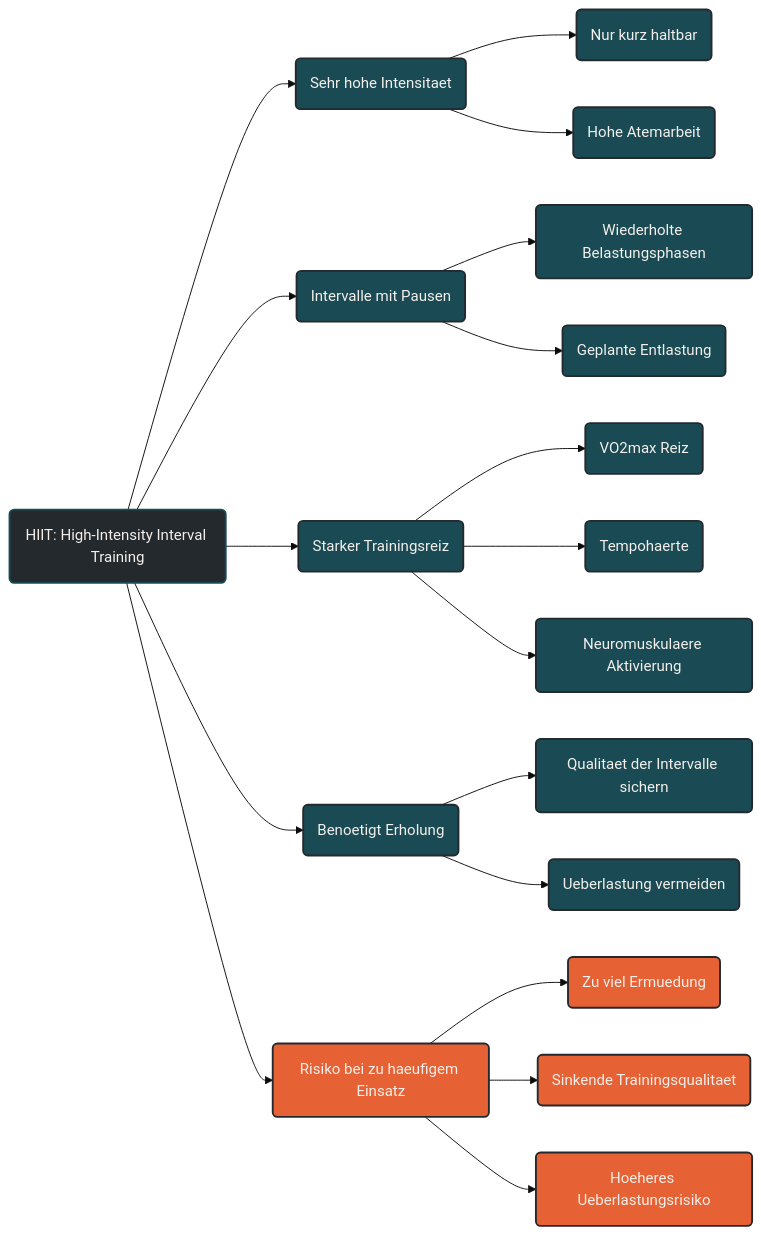
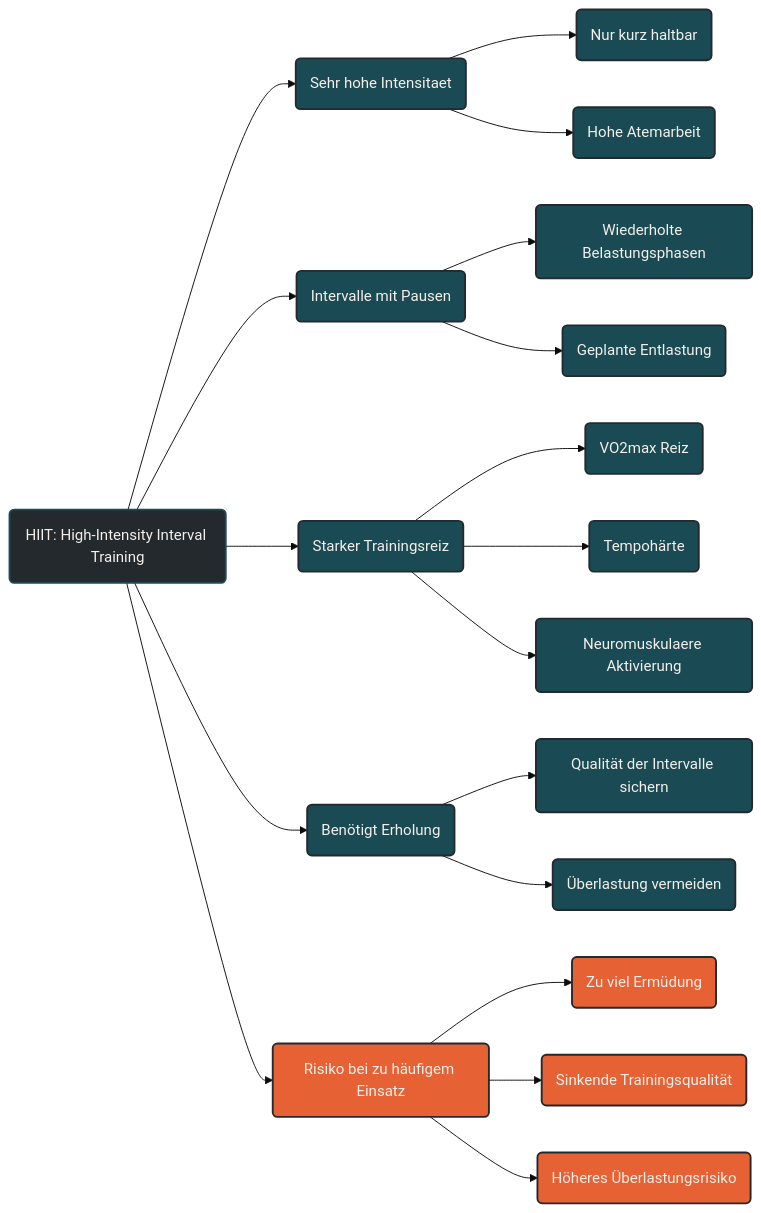
One commit to Quixos40K/ausdauersport-typemill changed the diagram in content/00-ausdauersport/00-trainingswissenschaft/01-trainingsintensitaeten/03-high-intensity-interval-training.md. Above: the diagram before and after it, drawn with Mermaid (base theme).

Commit message:
Fix German umlauts in high-intensity interval training.md

````diff
--- a/content/00-ausdauersport/00-trainingswissenschaft/01-trainingsintensitaeten/03-high-intensity-interval-training.md
+++ b/content/00-ausdauersport/00-trainingswissenschaft/01-trainingsintensitaeten/03-high-intensity-interval-training.md
@@ -51,33 +51,33 @@
 ```mermaid
 graph LR
     A(HIIT: High-Intensity Interval Training) --> B(Sehr hohe Intensitaet)
     A --> C(Intervalle mit Pausen)
     A --> D(Starker Trainingsreiz)
 
     B --> E(Nur kurz haltbar)
     B --> F(Hohe Atemarbeit)
     C --> G(Wiederholte Belastungsphasen)
     C --> H(Geplante Entlastung)
     D --> I(VO2max Reiz)
-    D --> J(Tempohaerte)
+    D --> J(Tempohärte)
     D --> K(Neuromuskulaere Aktivierung)
 
-    A --> L(Benoetigt Erholung)
-    L --> M(Qualitaet der Intervalle sichern)
-    L --> N(Ueberlastung vermeiden)
+    A --> L(Benötigt Erholung)
+    L --> M(Qualität der Intervalle sichern)
+    L --> N(Überlastung vermeiden)
 
-    A --> O(Risiko bei zu haeufigem Einsatz)
-    O --> P(Zu viel Ermuedung)
-    O --> Q(Sinkende Trainingsqualitaet)
-    O --> R(Hoeheres Ueberlastungsrisiko)
+    A --> O(Risiko bei zu häufigem Einsatz)
+    O --> P(Zu viel Ermüdung)
+    O --> Q(Sinkende Trainingsqualität)
+    O --> R(Höheres Überlastungsrisiko)
 
     classDef default fill:#F4EFEA,stroke:#1A4B54,stroke-width:2px,color:#24292E;
     classDef primary fill:#1A4B54,stroke:#24292E,stroke-width:2px,color:#F4EFEA;
     classDef highlight fill:#E66133,stroke:#24292E,stroke-width:2px,color:#F4EFEA;
     classDef dark fill:#24292E,stroke:#1A4B54,stroke-width:2px,color:#F4EFEA;
 
     class A dark;
     class B,C,D,E,F,G,H,I,J,K primary;
     class L,M,N primary;
     class O,P,Q,R highlight;
 ```
````
